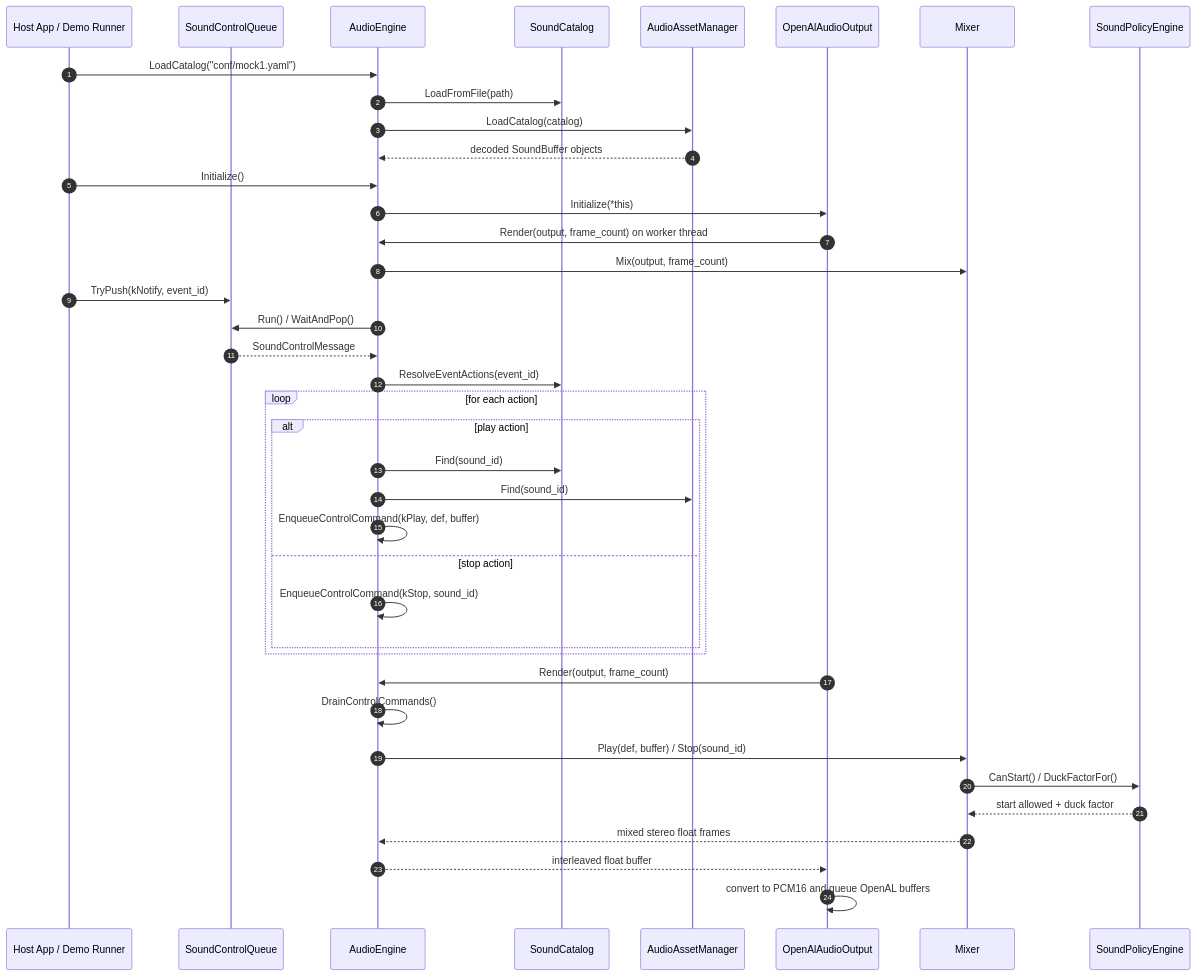
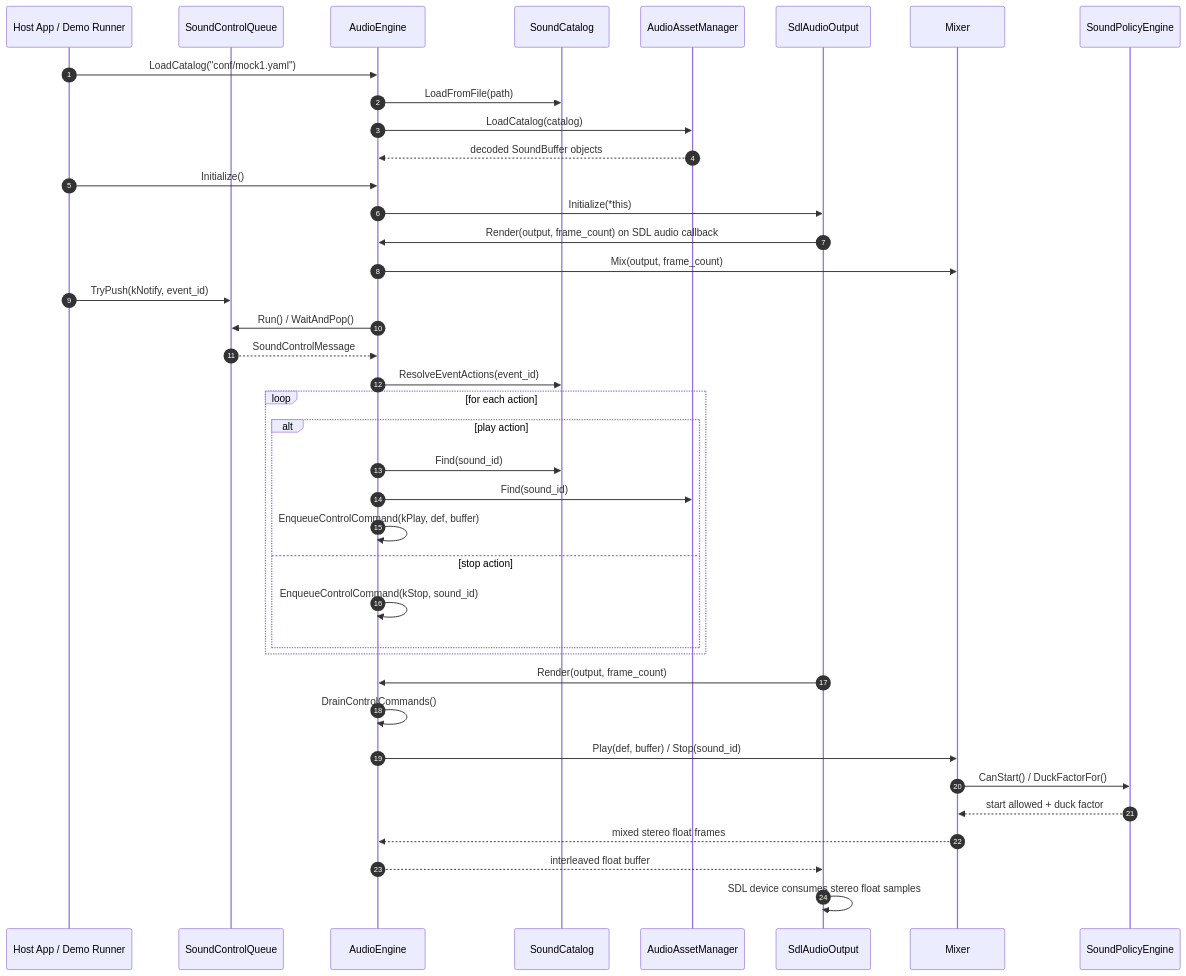
The third of 4 diagrams in docs/architecture_uml.md (ddoxey/soundscape), drawn with Mermaid before and after one commit. The commit also changed other lines of this file and 9 other files, not shown here.

Commit message:
Add audio diagnostics and refresh UML

````diff
--- a/docs/architecture_uml.md
+++ b/docs/architecture_uml.md
@@ -187,46 +186,46 @@
 ```mermaid
 sequenceDiagram
 autonumber
 
 participant Host as Host App / Demo Runner
 participant Queue as SoundControlQueue
 participant Engine as AudioEngine
 participant Catalog as SoundCatalog
 participant Assets as AudioAssetManager
-participant Output as OpenAlAudioOutput
+participant Output as SdlAudioOutput
 participant Mixer as Mixer
 participant Policy as SoundPolicyEngine
 
 Host->>Engine: LoadCatalog("conf/mock1.yaml")
 Engine->>Catalog: LoadFromFile(path)
 Engine->>Assets: LoadCatalog(catalog)
 Assets-->>Engine: decoded SoundBuffer objects
 Host->>Engine: Initialize()
 Engine->>Output: Initialize(*this)
-Output->>Engine: Render(output, frame_count) on worker thread
+Output->>Engine: Render(output, frame_count) on SDL audio callback
 Engine->>Mixer: Mix(output, frame_count)
 
 Host->>Queue: TryPush(kNotify, event_id)
 Engine->>Queue: Run() / WaitAndPop()
 Queue-->>Engine: SoundControlMessage
 Engine->>Catalog: ResolveEventActions(event_id)
 
 loop for each action
   alt play action
     Engine->>Catalog: Find(sound_id)
     Engine->>Assets: Find(sound_id)
     Engine->>Engine: EnqueueControlCommand(kPlay, def, buffer)
   else stop action
     Engine->>Engine: EnqueueControlCommand(kStop, sound_id)
   end
 end
 
 Output->>Engine: Render(output, frame_count)
 Engine->>Engine: DrainControlCommands()
 Engine->>Mixer: Play(def, buffer) / Stop(sound_id)
 Mixer->>Policy: CanStart() / DuckFactorFor()
 Policy-->>Mixer: start allowed + duck factor
 Mixer-->>Engine: mixed stereo float frames
 Engine-->>Output: interleaved float buffer
-Output->>Output: convert to PCM16 and queue OpenAL buffers
+Output->>Output: SDL device consumes stereo float samples
 ```
````
